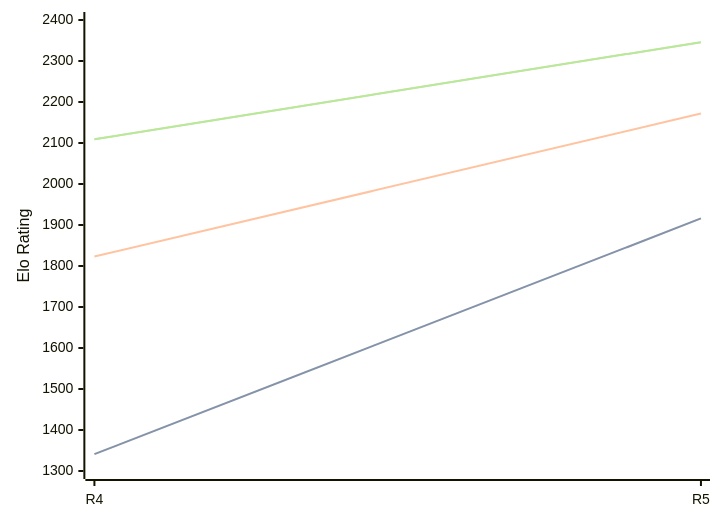
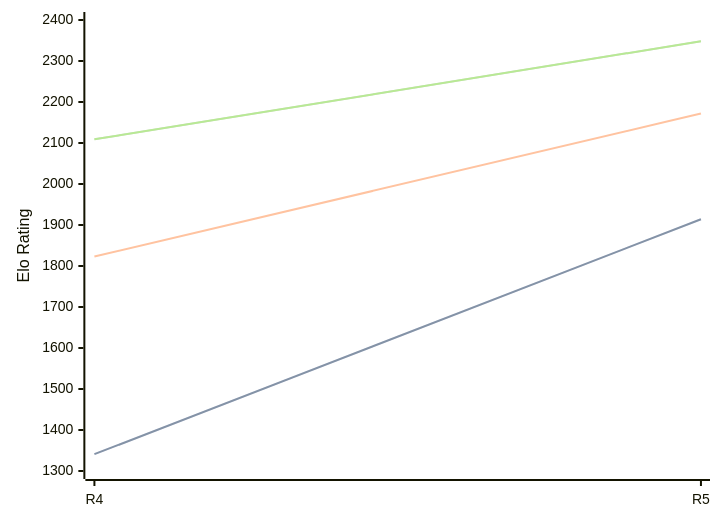
The third of 3 diagrams in engines/Viking.md (computer-chess-index/cci), drawn with Mermaid before and after one commit. The commit also changed other lines of this file, not shown here.

Commit message:
Update CCI Ratings (ELO VLTC) - 2026-07-09

````diff
--- a/engines/Viking.md
+++ b/engines/Viking.md
@@ -68,11 +68,11 @@
 ```mermaid
 %%{init: {"theme":"base","themeVariables":{"seriesColors:['#a3a3a3','#222221','#faa371']}}}%%
 xychart-beta
   x-axis ["R4", "R5"]
   y-axis "Elo Rating" 1300 --> 2400
-  line "STC (8.0+0.08s)" [1341, 1916]
-  line "STC (8.0+0.08s)" [1341, 1916]
+  line "STC (8.0+0.08s)" [1341, 1914]
+  line "STC (8.0+0.08s)" [1341, 1914]
   line "LTC (60.0+0.60s)" [1823, 2172]
-  line "VLTC (2m24s+1.12s)" [2109, 2346]
-  line "VLTC (2m24s+1.12s)" [2109, 2346]
+  line "VLTC (2m24s+1.12s)" [2109, 2348]
+  line "VLTC (2m24s+1.12s)" [2109, 2348]
 ```
````
